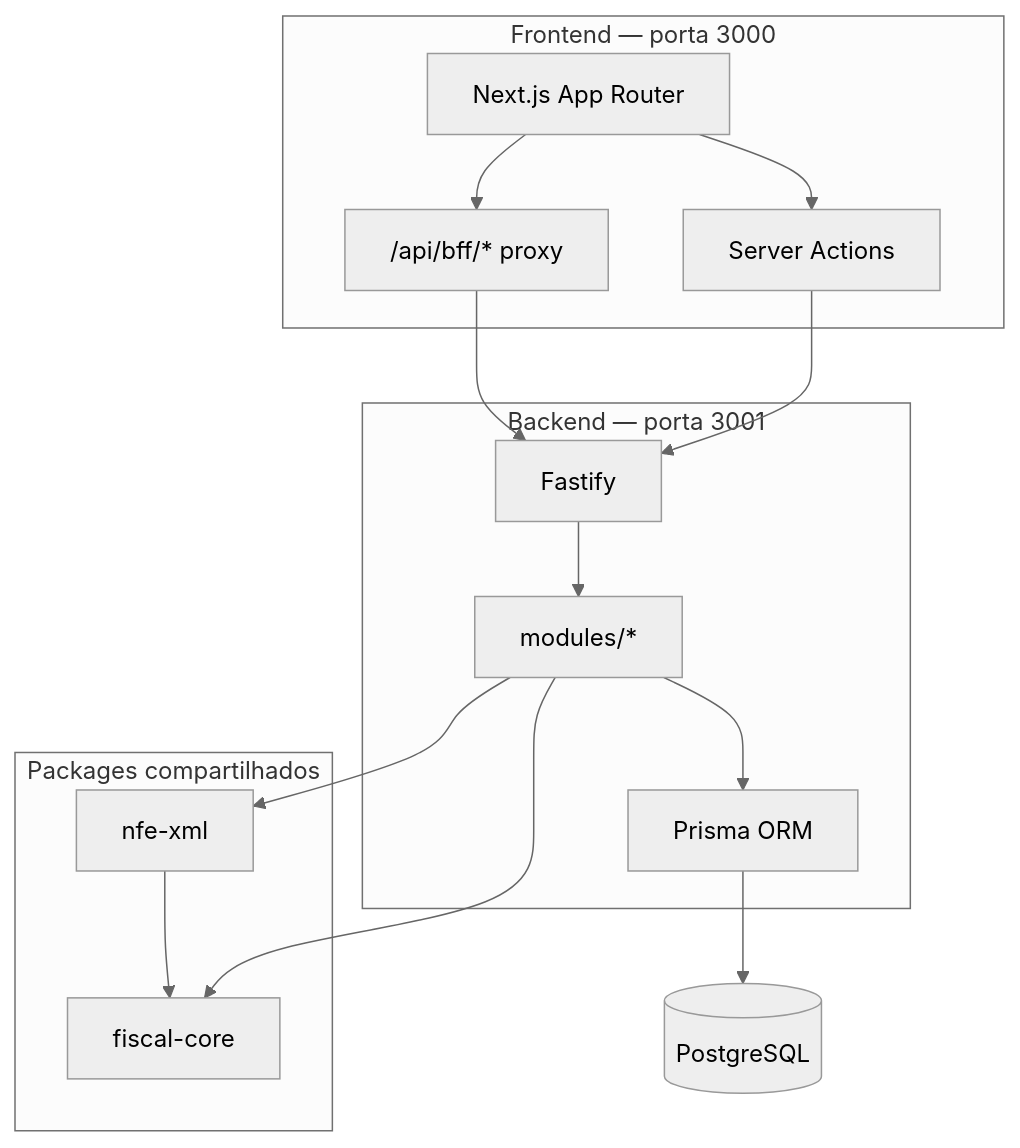
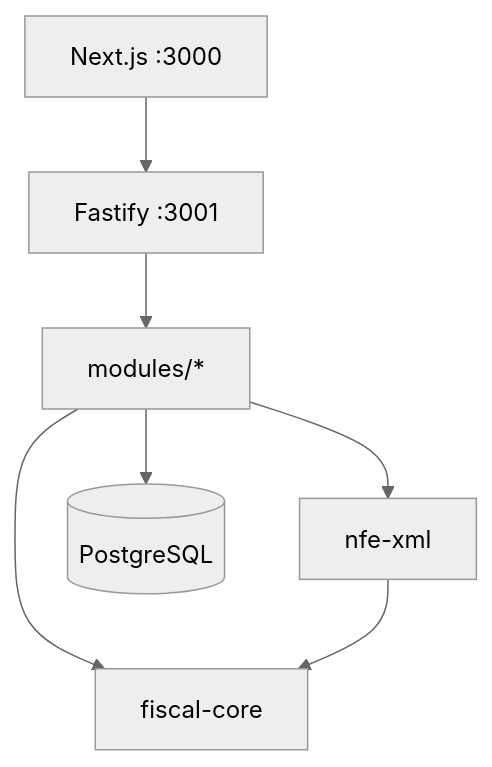
One commit to Matheus-santos7/MSimulation-XML changed the diagram in README.md. Above: the diagram before and after it, drawn with Mermaid (neutral theme). The commit also changed other lines of this file and 12 other files, not shown here.

````diff
--- a/README.md
+++ b/README.md
@@ -123,32 +97,9 @@
 ```mermaid
 graph TB
-  subgraph UI["Frontend — porta 3000"]
-    NEXT[Next.js App Router]
-    BFF["/api/bff/* proxy"]
-    SA[Server Actions]
-  end
-
-  subgraph API["Backend — porta 3001"]
-    FAST[Fastify]
-    MOD[modules/*]
-    PRISMA[Prisma ORM]
-  end
-
-  subgraph PKG["Packages compartilhados"]
-    FC[fiscal-core]
-    NX[nfe-xml]
-  end
-
-  DB[(PostgreSQL)]
-
-  NEXT --> SA
-  NEXT --> BFF
-  SA --> FAST
-  BFF --> FAST
-  FAST --> MOD
-  MOD --> PRISMA
-  MOD --> FC
-  MOD --> NX
+  NEXT[Next.js :3000] --> FAST[Fastify :3001]
+  FAST --> MOD[modules/*]
+  MOD --> FC[fiscal-core]
+  MOD --> NX[nfe-xml]
   NX --> FC
-  PRISMA --> DB
+  MOD --> PG[(PostgreSQL)]
 ```
````
